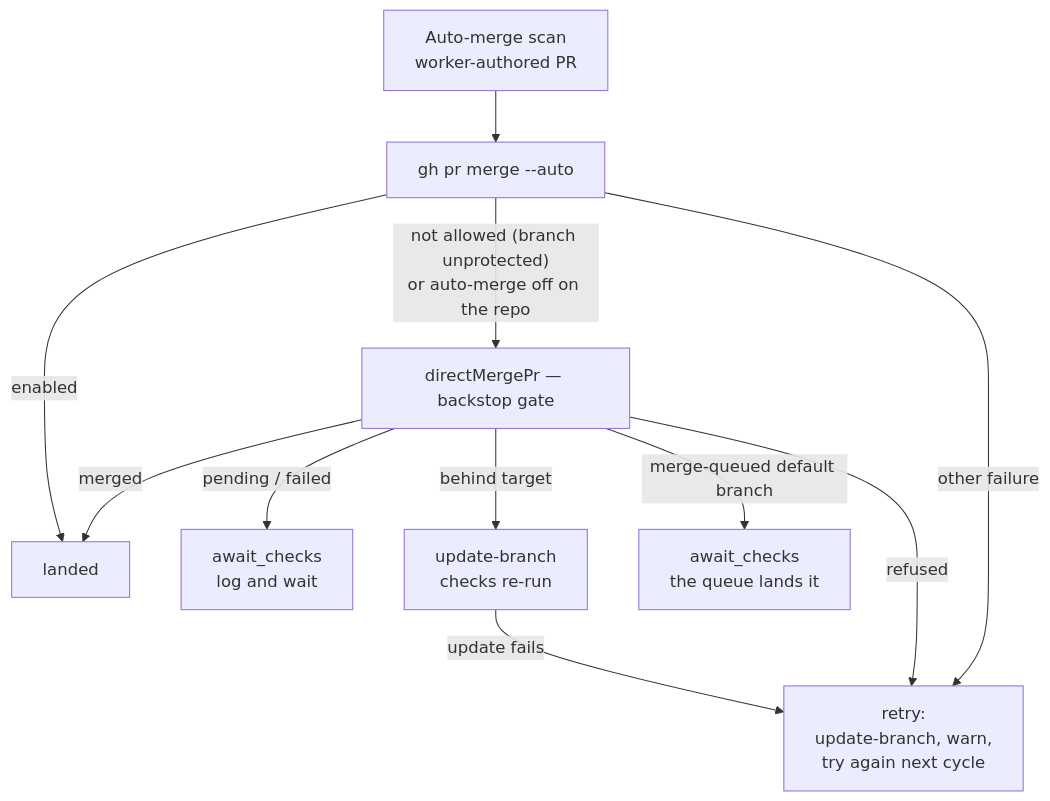
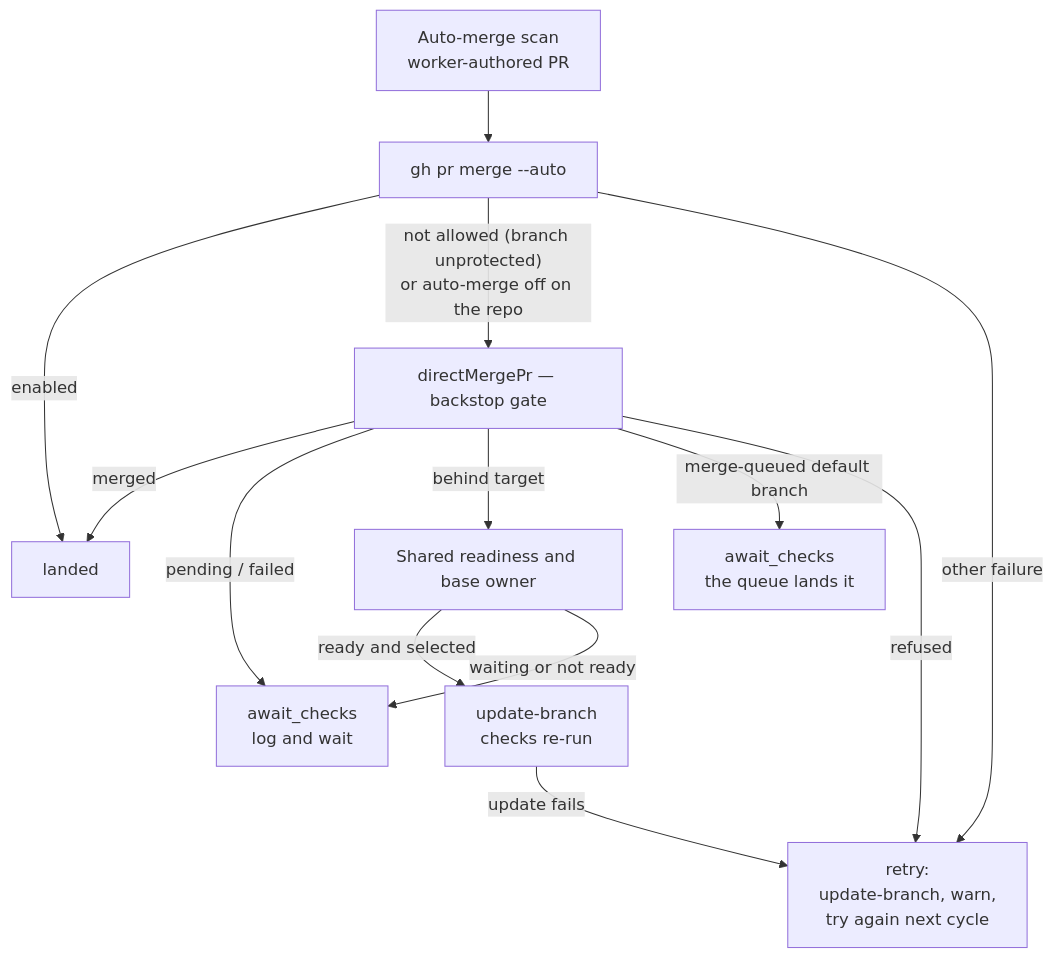
Before and after one commit to stSoftwareAU/VibeCoder: the ninth of 11 diagrams in docs/MERGE.md, drawn with Mermaid. The commit also changed other lines of this file and 35 other files, not shown here.

Commit message:
Branch updates: on a strict base with no merge queue, update only the PR that is ready to merge, not every PR that is behind (Issue #4613) (#4742)

````diff
--- a/docs/MERGE.md
+++ b/docs/MERGE.md
@@ -871,13 +872,15 @@
 ```mermaid
 flowchart TD
     A[Auto-merge scan<br/>worker-authored PR] --> B[gh pr merge --auto]
     B -- enabled --> L[landed]
     B -- "not allowed (branch unprotected)<br/>or auto-merge off on the repo" --> C[directMergePr — backstop gate]
     B -- other failure --> E
     C -- merged --> L
     C -- "pending / failed" --> W[await_checks<br/>log and wait]
-    C -- behind target --> U[update-branch<br/>checks re-run]
+    C -- behind target --> R[Shared readiness and base owner]
+    R -- ready and selected --> U[update-branch<br/>checks re-run]
+    R -- waiting or not ready --> W
     C -- "merge-queued default branch" --> Q[await_checks<br/>the queue lands it]
     C -- refused --> E[retry:<br/>update-branch, warn,<br/>try again next cycle]
     U -- update fails --> E
 ```
````
